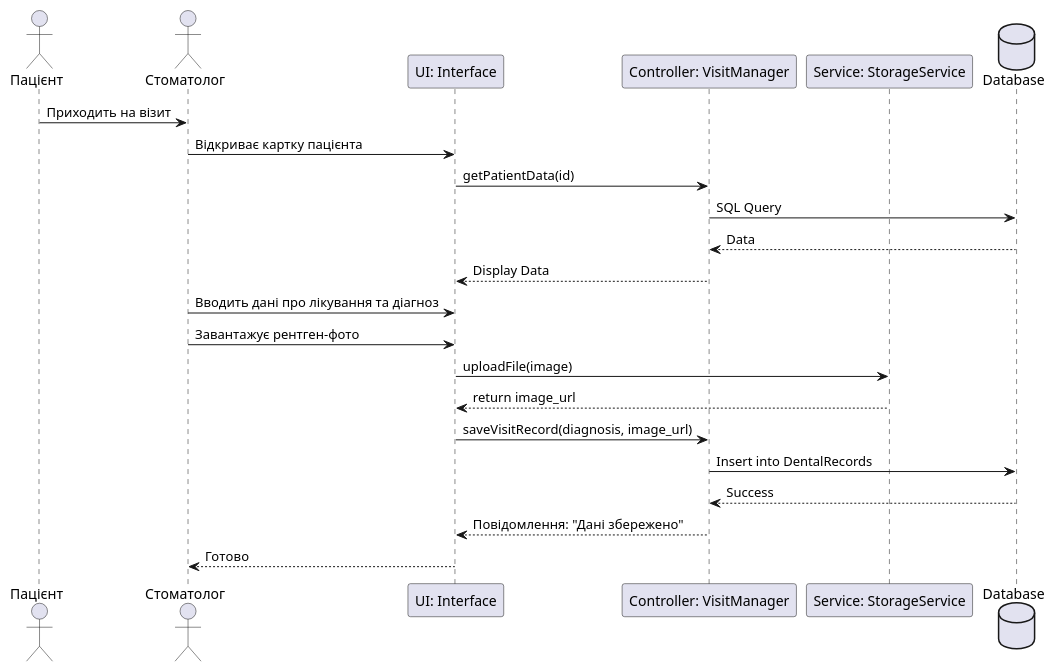
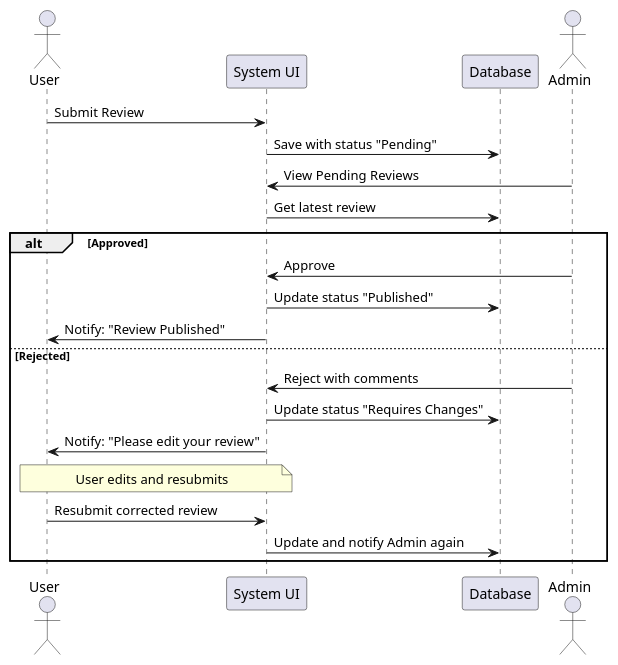
Before and after one commit to Denysko8/iot_dpz: the diagram in uml/sequence.puml, drawn with PlantUML. The commit also changed 4 other files, not shown here.

```diff
--- a/uml/sequence.puml
+++ b/uml/sequence.puml
@@ -1,26 +1,25 @@
 @startuml
-actor "Пацієнт" as P
-actor "Стоматолог" as D
-participant "UI: Interface" as UI
-participant "Controller: VisitManager" as Ctrl
-participant "Service: StorageService" as Storage
-database "Database" as DB
+actor User
+participant "System UI" as UI
+participant "Database" as DB
+actor Admin
 
-P -> D : Приходить на візит
-D -> UI : Відкриває картку пацієнта
-UI -> Ctrl : getPatientData(id)
-Ctrl -> DB : SQL Query
-DB --> Ctrl : Data
-Ctrl --> UI : Display Data
+User -> UI: Submit Review
+UI -> DB: Save with status "Pending"
+Admin -> UI: View Pending Reviews
+UI -> DB: Get latest review
 
-D -> UI : Вводить дані про лікування та діагноз
-D -> UI : Завантажує рентген-фото
-UI -> Storage : uploadFile(image)
-Storage --> UI : return image_url
-
-UI -> Ctrl : saveVisitRecord(diagnosis, image_url)
-Ctrl -> DB : Insert into DentalRecords
-DB --> Ctrl : Success
-Ctrl --> UI : Повідомлення: "Дані збережено"
-UI --> D : Готово
-@endum
+alt Approved
+    Admin -> UI: Approve
+    UI -> DB: Update status "Published"
+    UI -> User: Notify: "Review Published"
+else Rejected
+    Admin -> UI: Reject with comments
+    UI -> DB: Update status "Requires Changes"
+    UI -> User: Notify: "Please edit your review"
+    
+    note over User, UI: User edits and resubmits
+    User -> UI: Resubmit corrected review
+    UI -> DB: Update and notify Admin again
+end
+@enduml
```
